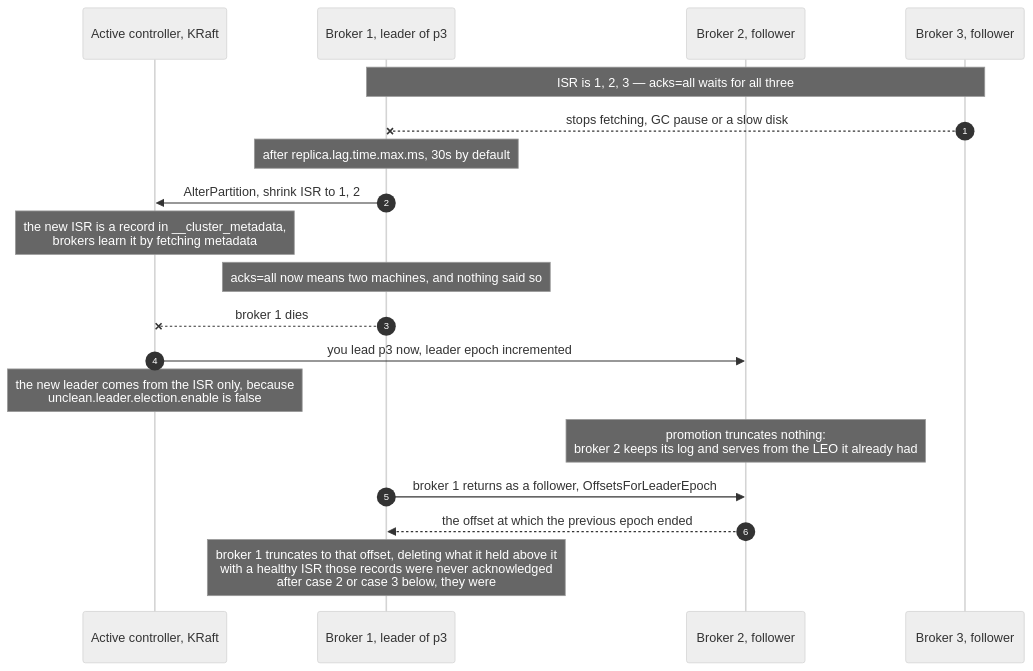
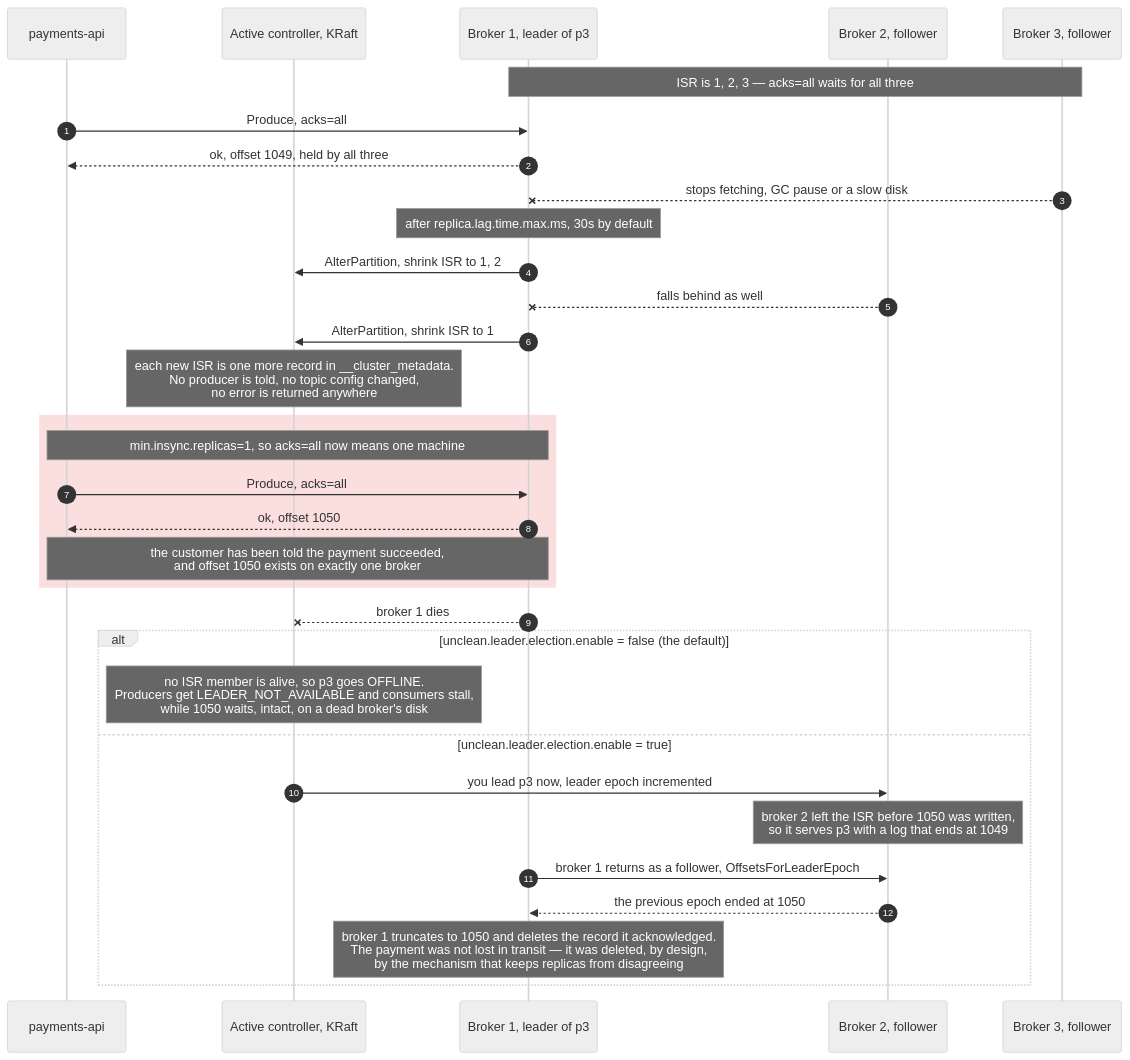
The diagram in docs/static/04-isr-leader-election.md (DmytroLysenko1/Kafka-lab), drawn with Mermaid (neutral theme) before and after one commit. The commit also changed other lines of this file and 10 other files, not shown here.

Commit message:
drew the boundary in every diagram instead of captioning it

````diff
--- a/docs/static/04-isr-leader-election.md
+++ b/docs/static/04-isr-leader-election.md
@@ -9,26 +9,39 @@
 ```mermaid
 sequenceDiagram
     autonumber
+    participant P as payments-api
     participant CT as Active controller, KRaft
-
-
     participant B1 as Broker 1, leader of p3
     participant B2 as Broker 2, follower
     participant B3 as Broker 3, follower
 
     Note over B1,B3: ISR is 1, 2, 3 — acks=all waits for all three
+    P->>B1: Produce, acks=all
+    B1-->>P: ok, offset 1049, held by all three
+
     B3--xB1: stops fetching, GC pause or a slow disk
     Note over B1: after replica.lag.time.max.ms, 30s by default
     B1->>CT: AlterPartition, shrink ISR to 1, 2
-    Note over CT: the new ISR is a record in __cluster_metadata,<br/>brokers learn it by fetching metadata
-    Note over B1: acks=all now means two machines, and nothing said so
+    B2--xB1: falls behind as well
+    B1->>CT: AlterPartition, shrink ISR to 1
+    Note over CT: each new ISR is one more record in __cluster_metadata.<br/>No producer is told, no topic config changed,<br/>no error is returned anywhere
+
+    rect rgba(229, 57, 53, 0.16)
+        Note over P,B1: min.insync.replicas=1, so acks=all now means one machine
+        P->>B1: Produce, acks=all
+        B1-->>P: ok, offset 1050
+        Note over P,B1: the customer has been told the payment succeeded,<br/>and offset 1050 exists on exactly one broker
+    end
 
     B1--xCT: broker 1 dies
-    CT->>B2: you lead p3 now, leader epoch incremented
-    Note over CT: the new leader comes from the ISR only, because<br/>unclean.leader.election.enable is false
-    Note over B2: promotion truncates nothing:<br/>broker 2 keeps its log and serves from the LEO it already had
 
-    B1->>B2: broker 1 returns as a follower, OffsetsForLeaderEpoch
-    B2-->>B1: the offset at which the previous epoch ended
-    Note over B1: broker 1 truncates to that offset, deleting what it held above it<br/>with a healthy ISR those records were never acknowledged<br/>after case 2 or case 3 below, they were
+    alt unclean.leader.election.enable = false (the default)
+        Note over CT: no ISR member is alive, so p3 goes OFFLINE.<br/>Producers get LEADER_NOT_AVAILABLE and consumers stall,<br/>while 1050 waits, intact, on a dead broker's disk
+    else unclean.leader.election.enable = true
+        CT->>B2: you lead p3 now, leader epoch incremented
+        Note over B2: broker 2 left the ISR before 1050 was written,<br/>so it serves p3 with a log that ends at 1049
+        B1->>B2: broker 1 returns as a follower, OffsetsForLeaderEpoch
+        B2-->>B1: the previous epoch ended at 1050
+        Note over B1: broker 1 truncates to 1050 and deletes the record it acknowledged.<br/>The payment was not lost in transit — it was deleted, by design,<br/>by the mechanism that keeps replicas from disagreeing
+    end
 ```
````
